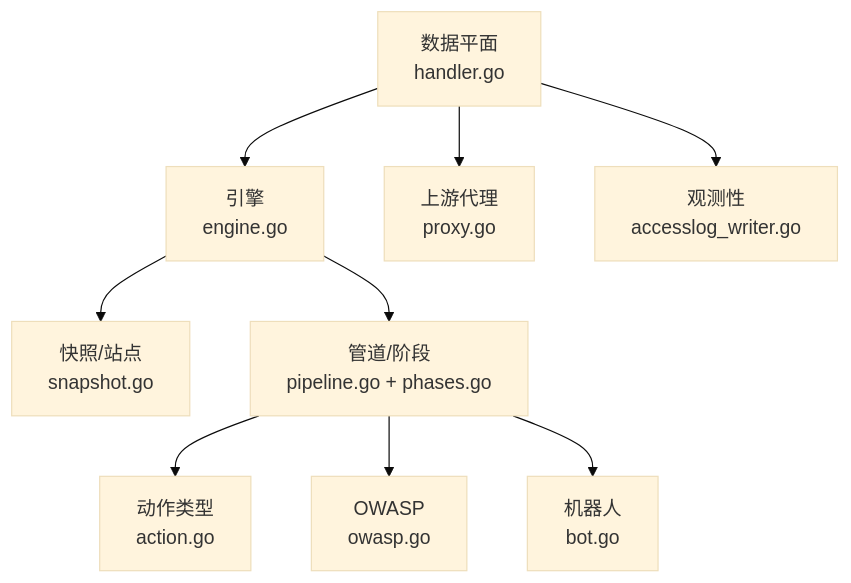
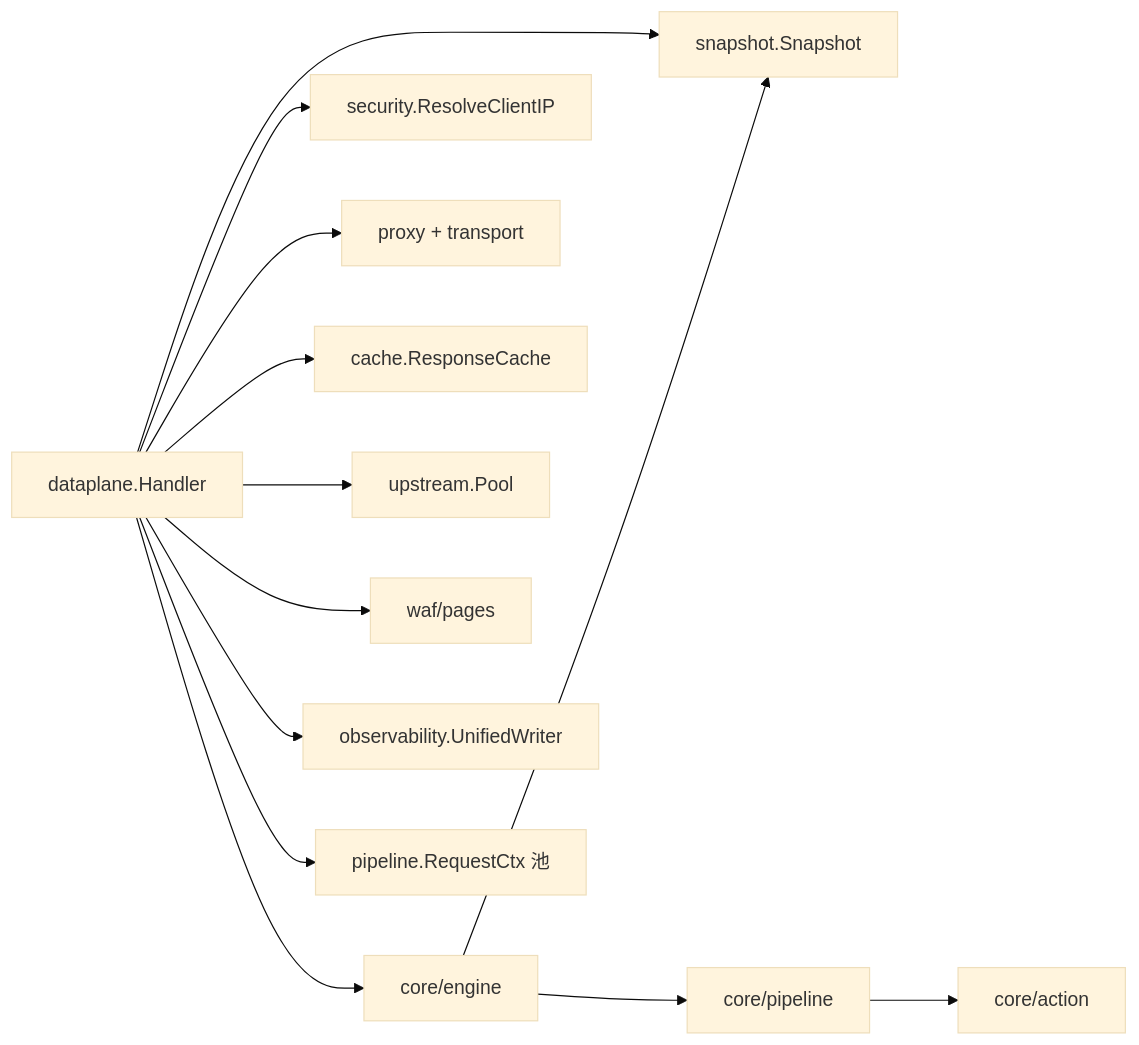
Before and after one commit to x01n/My-OpenWaf: the seventh of 7 diagrams in docs/系统架构设计/数据流分析.md, drawn with Mermaid (base theme). The commit also changed other lines of this file and 622 other files, not shown here.

````diff
--- a/docs/系统架构设计/数据流分析.md
+++ b/docs/系统架构设计/数据流分析.md
@@ -290,11 +483,15 @@
 ```mermaid
-graph TB
-DP["数据平面<br/>handler.go"] --> ENG["引擎<br/>engine.go"]
-ENG --> SNAP["快照/站点<br/>snapshot.go"]
-ENG --> PIPE["管道/阶段<br/>pipeline.go + phases.go"]
-PIPE --> ACT["动作类型<br/>action.go"]
-PIPE --> OWASP["OWASP<br/>owasp.go"]
-PIPE --> BOT["机器人<br/>bot.go"]
-DP --> PROXY["上游代理<br/>proxy.go"]
-DP --> OBS["观测性<br/>accesslog_writer.go"]
+graph LR
+  DP["dataplane.Handler"] --> SNAP["snapshot.Snapshot"]
+  DP --> ENG["core/engine"]
+  ENG --> PIPE["core/pipeline"]
+  PIPE --> ACT["core/action"]
+  ENG --> SNAP
+  DP --> SEC["security.ResolveClientIP"]
+  DP --> PX["proxy + transport"]
+  DP --> RC["cache.ResponseCache"]
+  DP --> UP["upstream.Pool"]
+  DP --> PG["waf/pages"]
+  DP --> UW["observability.UnifiedWriter"]
+  DP --> POOL["pipeline.RequestCtx 池"]
 ```
````
